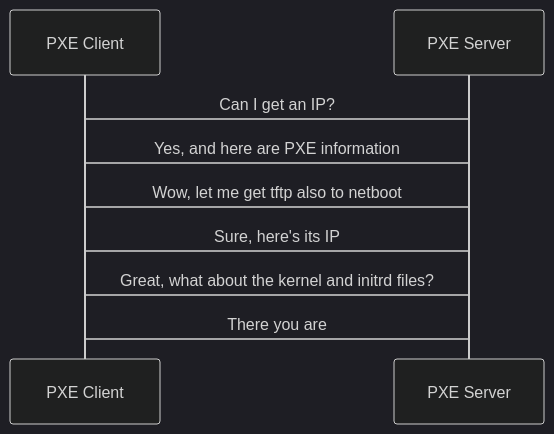
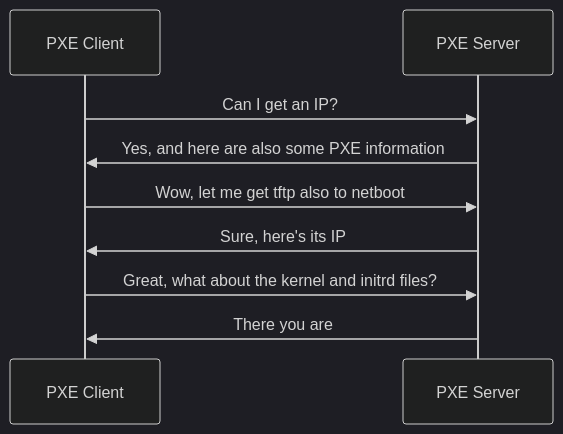
One commit to mkaram007/pxe-zorin changed the diagram in readme.md. Above: the diagram before and after it, drawn with Mermaid (dark theme).

Commit message:
Displaying arrows

````diff
--- a/readme.md
+++ b/readme.md
@@ -11,11 +11,11 @@
 ```mermaid
 sequenceDiagram
     participant PXE Client
     participant PXE Server
-	PXE Client->PXE Server: Can I get an IP?
-PXE Server->PXE Client: Yes, and here are PXE information
-PXE Client->PXE Server: Wow, let me get tftp also to netboot
-PXE Server->PXE Client: Sure, here's its IP
-PXE Client->PXE Server: Great, what about the kernel and initrd files?
-PXE Server->PXE Client: There you are
+	PXE Client->>PXE Server: Can I get an IP?
+PXE Server->>PXE Client: Yes, and here are also some PXE information
+PXE Client->>PXE Server: Wow, let me get tftp also to netboot
+PXE Server->>PXE Client: Sure, here's its IP
+PXE Client->>PXE Server: Great, what about the kernel and initrd files?
+PXE Server->>PXE Client: There you are
 ```
````
